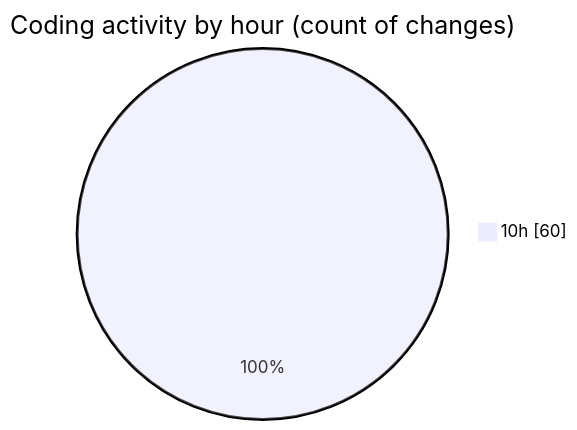
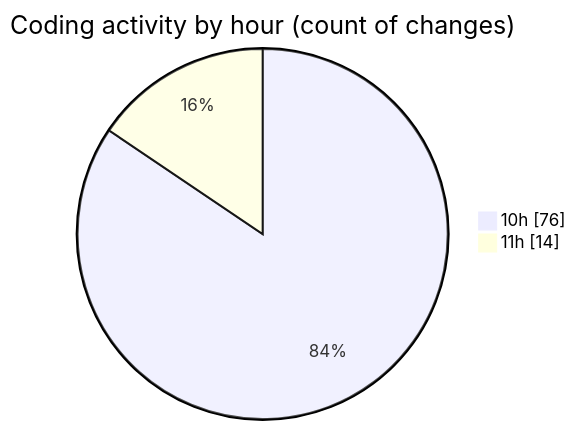
The second of 2 diagrams in 2025-08-18/vps-v1/README.md (lephambinh05/code-tracking), drawn with Mermaid before and after one commit. The commit also changed other lines of this file and 1 other file, not shown here.

````diff
--- a/2025-08-18/vps-v1/README.md
+++ b/2025-08-18/vps-v1/README.md
@@ -65,5 +80,6 @@
 ```mermaid
 pie showData
 title Coding activity by hour (count of changes)
-"10h" : 60
+"10h" : 76
+"11h" : 14
 ```
````
